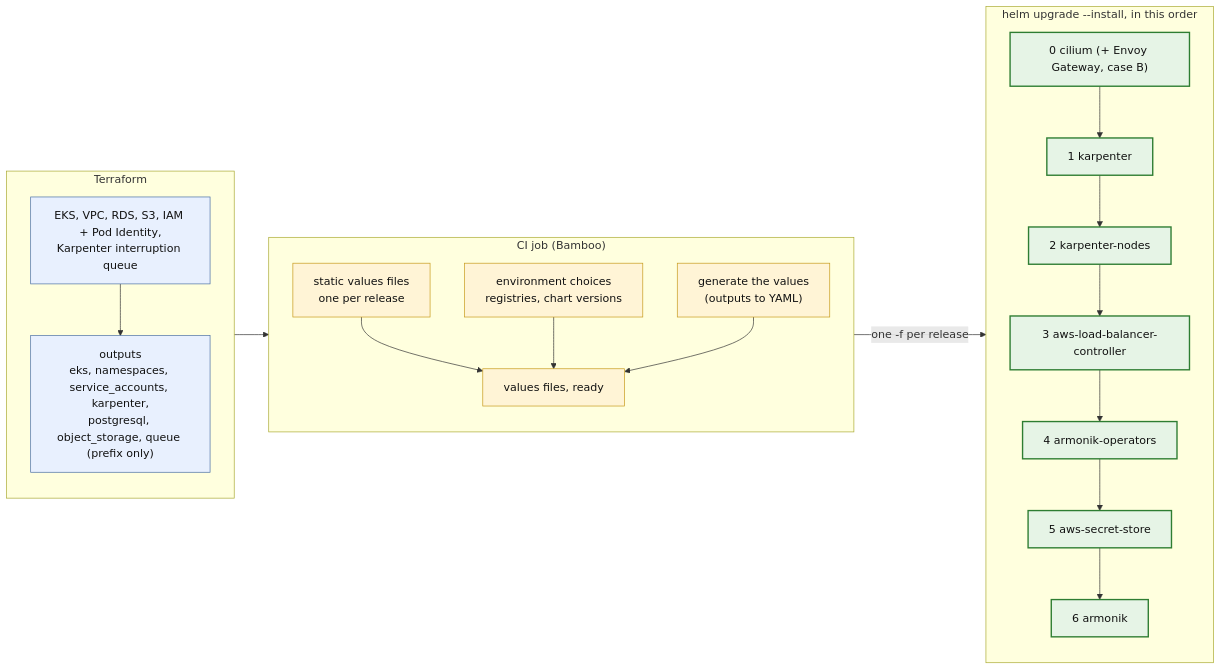
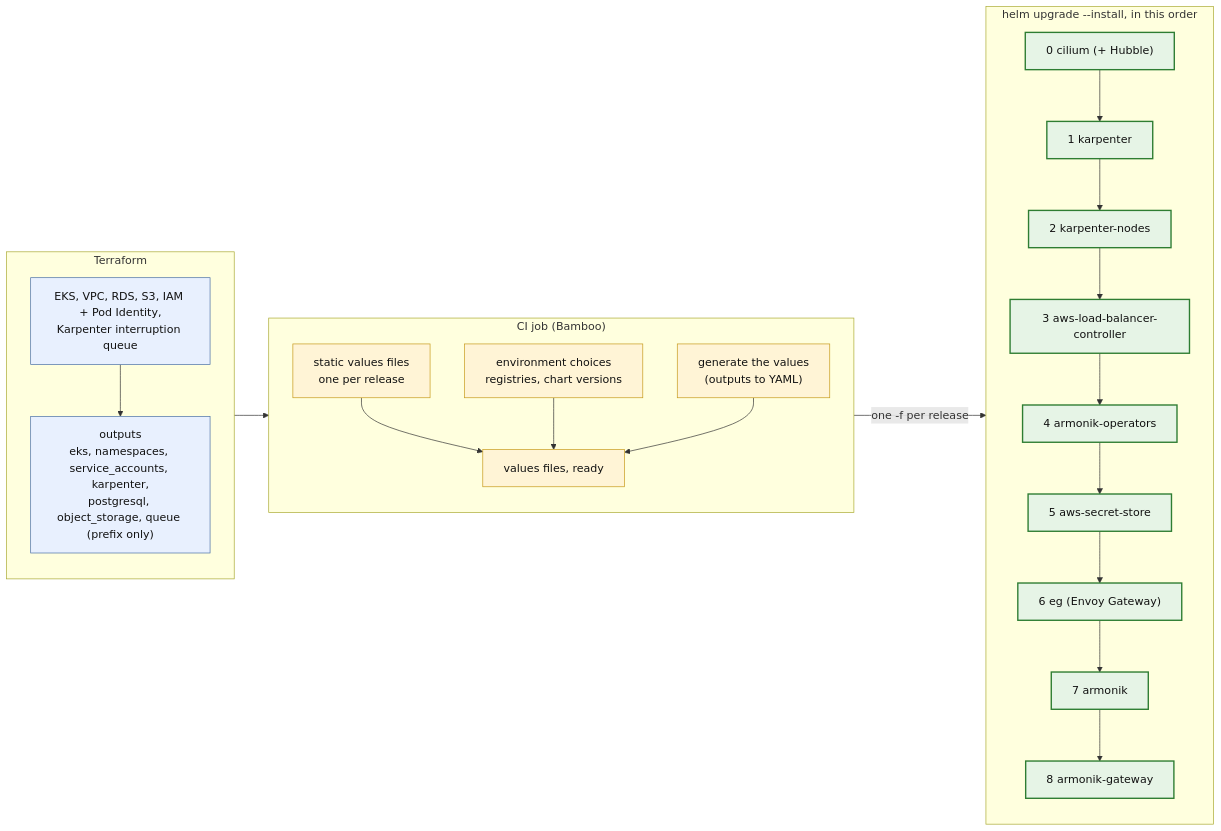
The diagram in infrastructure/quick-deploy/aws-charts/docs/diagrams/02-pipeline.md (aneoconsulting/ArmoniK), drawn with Mermaid before and after one commit. The commit also changed other lines of this file and 47 other files, not shown here.

Commit message:
feat: stack with helm cli - SQS S3 RDS ENVOY CILIUM & custom infra

````diff
--- a/infrastructure/quick-deploy/aws-charts/docs/diagrams/02-pipeline.md
+++ b/infrastructure/quick-deploy/aws-charts/docs/diagrams/02-pipeline.md
@@ -6,38 +6,40 @@
 ```mermaid
 flowchart LR
     classDef tf fill:#e8f0fe,stroke:#4a6fa5,color:#111
     classDef gen fill:#fff4d6,stroke:#c79a1b,color:#111
     classDef rel fill:#e6f4e6,stroke:#2e7d32,stroke-width:2px,color:#111
 
     subgraph TF["Terraform"]
         direction TB
         INFRA["EKS, VPC, RDS, S3, IAM + Pod Identity,<br/>Karpenter interruption queue"]:::tf
         OUT["outputs<br/>eks, namespaces, service_accounts, karpenter,<br/>postgresql, object_storage, queue (prefix only)"]:::tf
         INFRA --> OUT
     end
 
     subgraph CI["CI job (Bamboo)"]
         direction TB
         STATIC["static values files<br/>one per release"]:::gen
         ENV["environment choices<br/>registries, chart versions"]:::gen
         GEN["generate the values<br/>(outputs to YAML)"]:::gen
         VALS["values files, ready"]:::gen
         STATIC --> VALS
         ENV --> VALS
         GEN --> VALS
     end
     OUT --> GEN
 
     subgraph HELM["helm upgrade --install, in this order"]
         direction TB
-        R0["0 cilium (+ Envoy Gateway, case B)"]:::rel
+        R0["0 cilium (+ Hubble)"]:::rel
         R1["1 karpenter"]:::rel
         R2["2 karpenter-nodes"]:::rel
         R3["3 aws-load-balancer-controller"]:::rel
         R4["4 armonik-operators"]:::rel
         R5["5 aws-secret-store"]:::rel
-        R6["6 armonik"]:::rel
-        R0 --> R1 --> R2 --> R3 --> R4 --> R5 --> R6
+        R6["6 eg (Envoy Gateway)"]:::rel
+        R7["7 armonik"]:::rel
+        R8["8 armonik-gateway"]:::rel
+        R0 --> R1 --> R2 --> R3 --> R4 --> R5 --> R6 --> R7 --> R8
     end
     VALS -->|"one -f per release"| HELM
 ```
````
